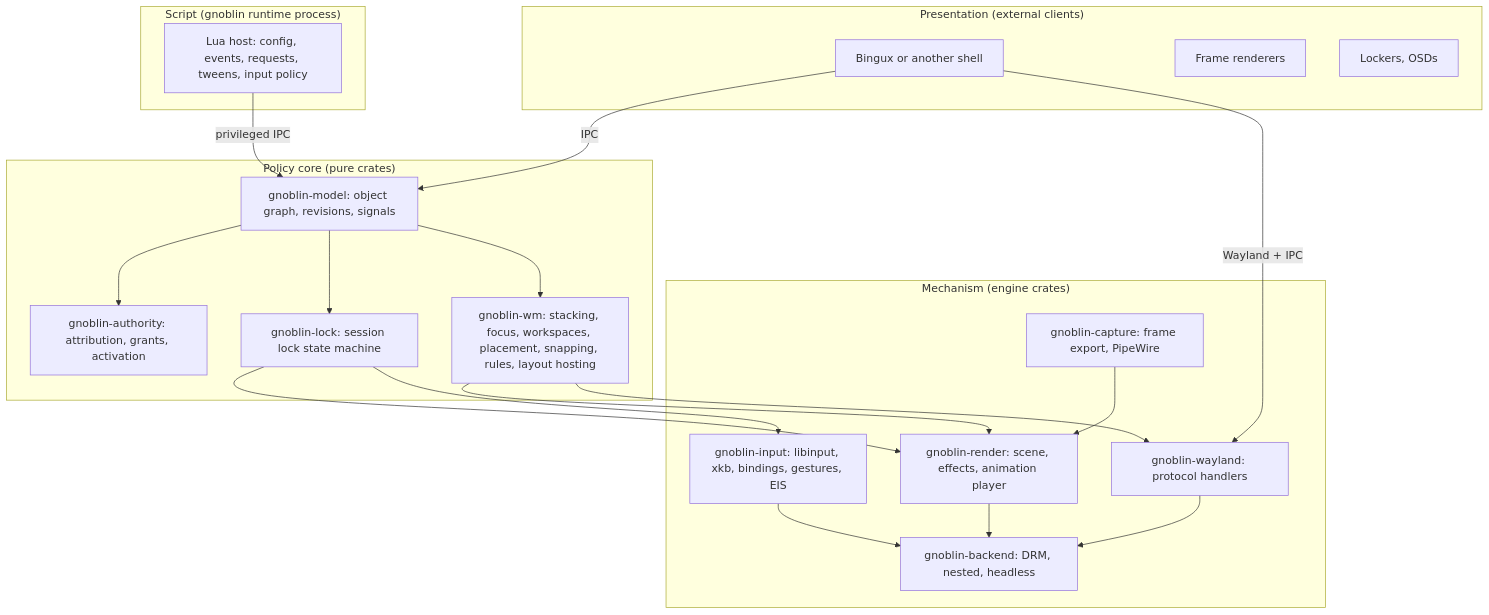
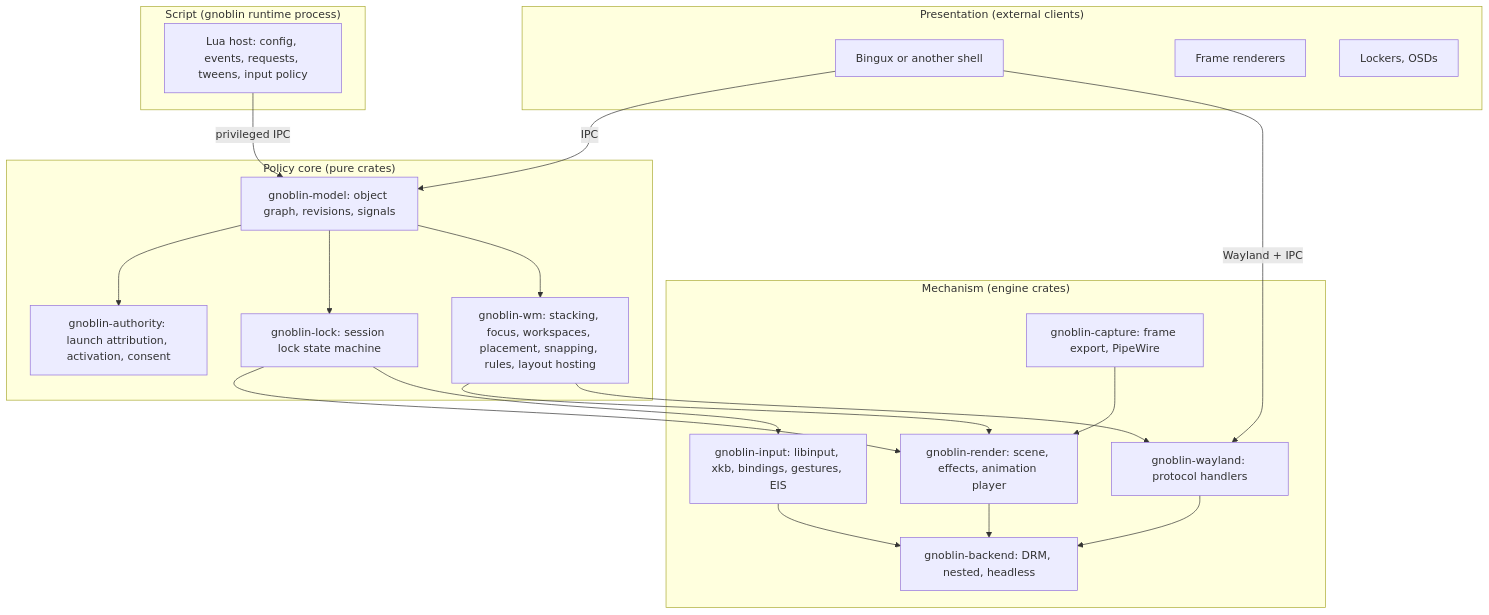
Before and after one commit to kierandrewett/gnoblin: the first of 4 diagrams in design/rust-compositor.md, drawn with Mermaid. The commit also changed other lines of this file and 28 other files, not shown here.

````diff
--- a/design/rust-compositor.md
+++ b/design/rust-compositor.md
@@ -121,38 +121,38 @@
 ```mermaid
 flowchart TB
     subgraph Presentation["Presentation (external clients)"]
         Shell["Bingux or another shell"]
         Frames["Frame renderers"]
         Locker["Lockers, OSDs"]
     end
     subgraph Script["Script (gnoblin runtime process)"]
         Lua["Lua host: config, events, requests, tweens, input policy"]
     end
     subgraph Policy["Policy core (pure crates)"]
         WM["gnoblin-wm: stacking, focus, workspaces, placement, snapping, rules, layout hosting"]
         Lock["gnoblin-lock: session lock state machine"]
-        Auth["gnoblin-authority: attribution, grants, activation"]
+        Auth["gnoblin-authority: launch attribution, activation, consent"]
         Model["gnoblin-model: object graph, revisions, signals"]
     end
     subgraph Mechanism["Mechanism (engine crates)"]
         Wayland["gnoblin-wayland: protocol handlers"]
         Render["gnoblin-render: scene, effects, animation player"]
         Input["gnoblin-input: libinput, xkb, bindings, gestures, EIS"]
         Backend["gnoblin-backend: DRM, nested, headless"]
         Capture["gnoblin-capture: frame export, PipeWire"]
     end
     Shell -- "Wayland + IPC" --> Wayland
     Shell -- "IPC" --> Model
     Lua -- "privileged IPC" --> Model
     Model --> WM
     Model --> Lock
     Model --> Auth
     WM --> Wayland
     WM --> Render
     Lock --> Input
     Lock --> Render
     Wayland --> Backend
     Render --> Backend
     Input --> Backend
     Capture --> Render
 ```
````
